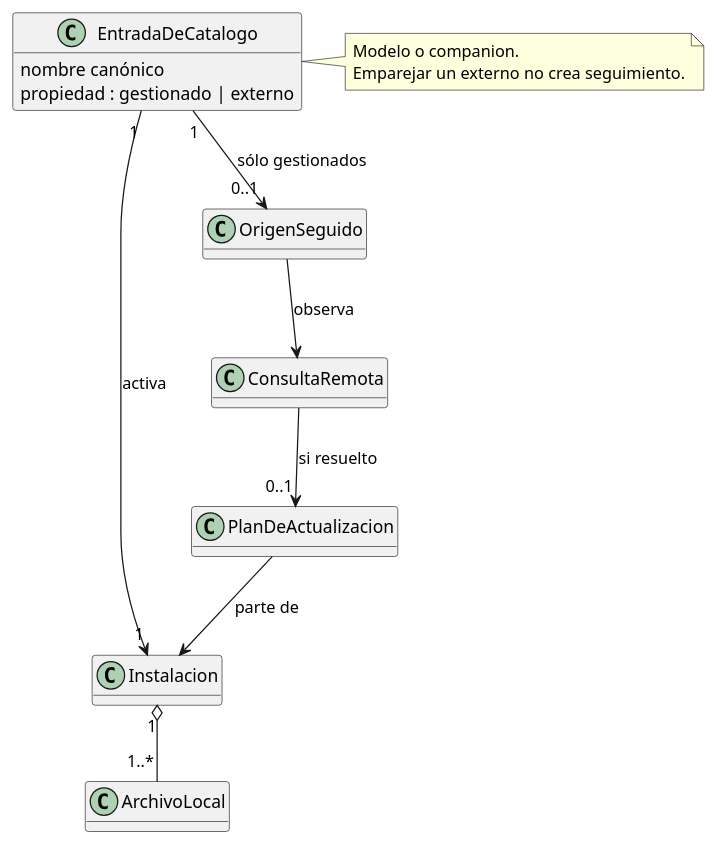
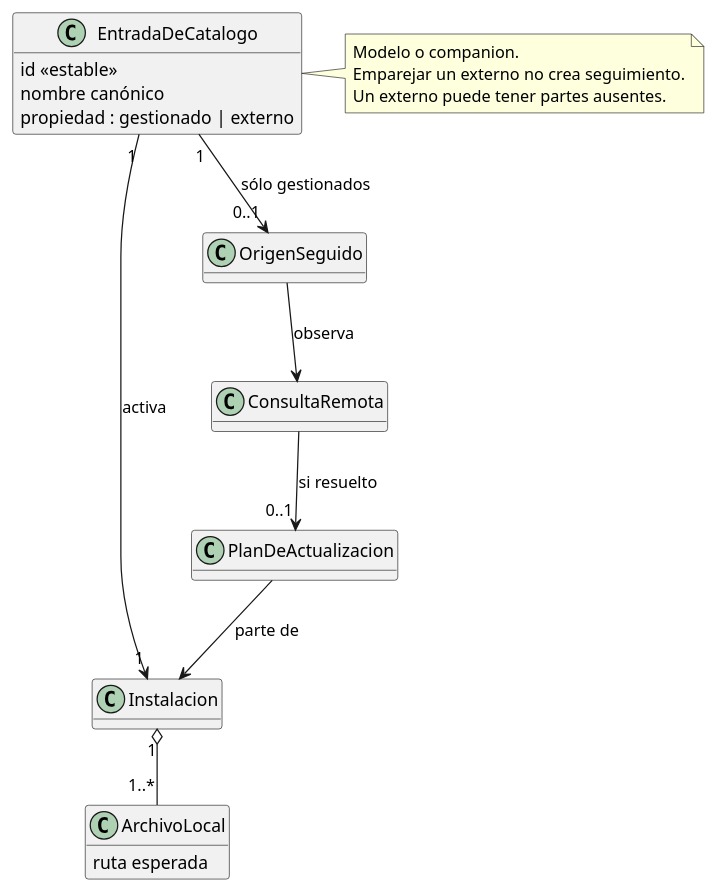
One commit to mstranich/coquena changed the second of 3 diagrams in docs/modelo-de-datos.md. Above: the diagram before and after it, drawn with PlantUML. The commit also changed other lines of this file and 11 other files, not shown here.

````diff
--- a/docs/modelo-de-datos.md
+++ b/docs/modelo-de-datos.md
@@ -138,24 +140,28 @@
 ```plantuml
 @startuml
 hide empty methods
 class EntradaDeCatalogo {
+  id <<estable>>
   nombre canónico
   propiedad : gestionado | externo
 }
 class Instalacion
-class ArchivoLocal
+class ArchivoLocal {
+  ruta esperada
+}
 class OrigenSeguido
 class ConsultaRemota
 class PlanDeActualizacion
 EntradaDeCatalogo "1" --> "1" Instalacion : activa
 Instalacion "1" o-- "1..*" ArchivoLocal
 EntradaDeCatalogo "1" --> "0..1" OrigenSeguido : sólo gestionados
 OrigenSeguido --> ConsultaRemota : observa
 ConsultaRemota --> "0..1" PlanDeActualizacion : si resuelto
 PlanDeActualizacion --> Instalacion : parte de
 note right of EntradaDeCatalogo
   Modelo o companion.
   Emparejar un externo no crea seguimiento.
+  Un externo puede tener partes ausentes.
 end note
 @enduml
 ```
````
